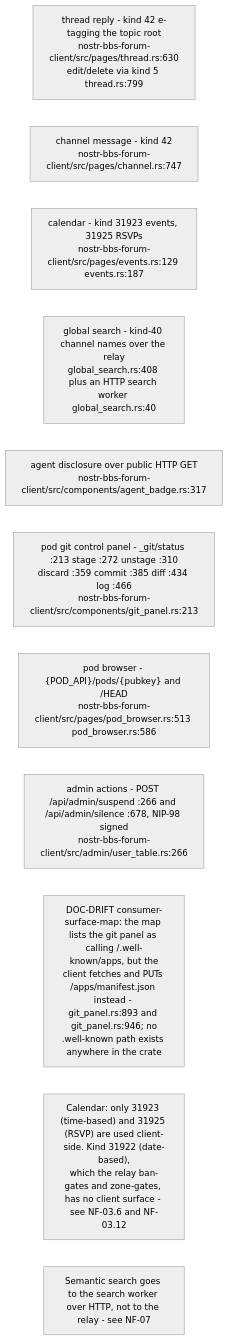
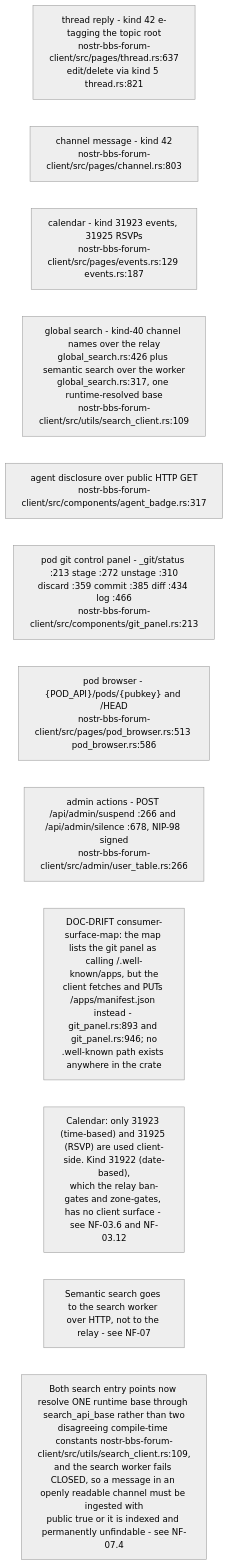
The tenth of 14 diagrams in docs/diagrams/nostr-rust-forum/05-leptos-clients-onboarding-messaging-governance.md (DreamLab-AI/VisionFlow), drawn with Mermaid (neutral theme) before and after one commit. The commit also changed other lines of this file and 11 other files, not shown here.

````diff
--- a/docs/diagrams/nostr-rust-forum/05-leptos-clients-onboarding-messaging-governance.md
+++ b/docs/diagrams/nostr-rust-forum/05-leptos-clients-onboarding-messaging-governance.md
@@ -295,15 +303,16 @@
 ```mermaid
 flowchart LR
-    THREAD["thread reply - kind 42 e-tagging the topic root<br/>nostr-bbs-forum-client/src/pages/thread.rs:630<br/>edit/delete via kind 5 thread.rs:799"]
-    CHAN["channel message - kind 42<br/>nostr-bbs-forum-client/src/pages/channel.rs:747"]
+    THREAD["thread reply - kind 42 e-tagging the topic root<br/>nostr-bbs-forum-client/src/pages/thread.rs:637<br/>edit/delete via kind 5 thread.rs:821"]
+    CHAN["channel message - kind 42<br/>nostr-bbs-forum-client/src/pages/channel.rs:803"]
     EVENTS["calendar - kind 31923 events, 31925 RSVPs<br/>nostr-bbs-forum-client/src/pages/events.rs:129 events.rs:187"]
-    SEARCH["global search - kind-40 channel names over the relay<br/>global_search.rs:408 plus an HTTP search worker global_search.rs:40"]
+    SEARCH["global search - kind-40 channel names over the relay<br/>global_search.rs:426 plus semantic search over the worker<br/>global_search.rs:317, one runtime-resolved base<br/>nostr-bbs-forum-client/src/utils/search_client.rs:109"]
     BADGE["agent disclosure over public HTTP GET<br/>nostr-bbs-forum-client/src/components/agent_badge.rs:317"]
     GIT["pod git control panel - _git/status :213 stage :272 unstage :310<br/>discard :359 commit :385 diff :434 log :466<br/>nostr-bbs-forum-client/src/components/git_panel.rs:213"]
     POD["pod browser - {POD_API}/pods/{pubkey} and /HEAD<br/>nostr-bbs-forum-client/src/pages/pod_browser.rs:513 pod_browser.rs:586"]
     ADMINT["admin actions - POST /api/admin/suspend :266 and /api/admin/silence :678, NIP-98 signed<br/>nostr-bbs-forum-client/src/admin/user_table.rs:266"]
 
     N1["DOC-DRIFT consumer-surface-map: the map lists the git panel as calling /.well-known/apps, but the<br/>client fetches and PUTs /apps/manifest.json instead - git_panel.rs:893 and git_panel.rs:946; no<br/>.well-known path exists anywhere in the crate"]
     N2["Calendar: only 31923 (time-based) and 31925 (RSVP) are used client-side. Kind 31922 (date-based),<br/>which the relay ban-gates and zone-gates, has no client surface - see NF-03.6 and NF-03.12"]
     N3["Semantic search goes to the search worker over HTTP, not to the relay - see NF-07"]
+    N4["Both search entry points now resolve ONE runtime base through search_api_base rather than two<br/>disagreeing compile-time constants nostr-bbs-forum-client/src/utils/search_client.rs:109,<br/>and the search worker fails CLOSED, so a message in an openly readable channel must be ingested with<br/>public true or it is indexed and permanently unfindable - see NF-07.4"]
 ```
````
